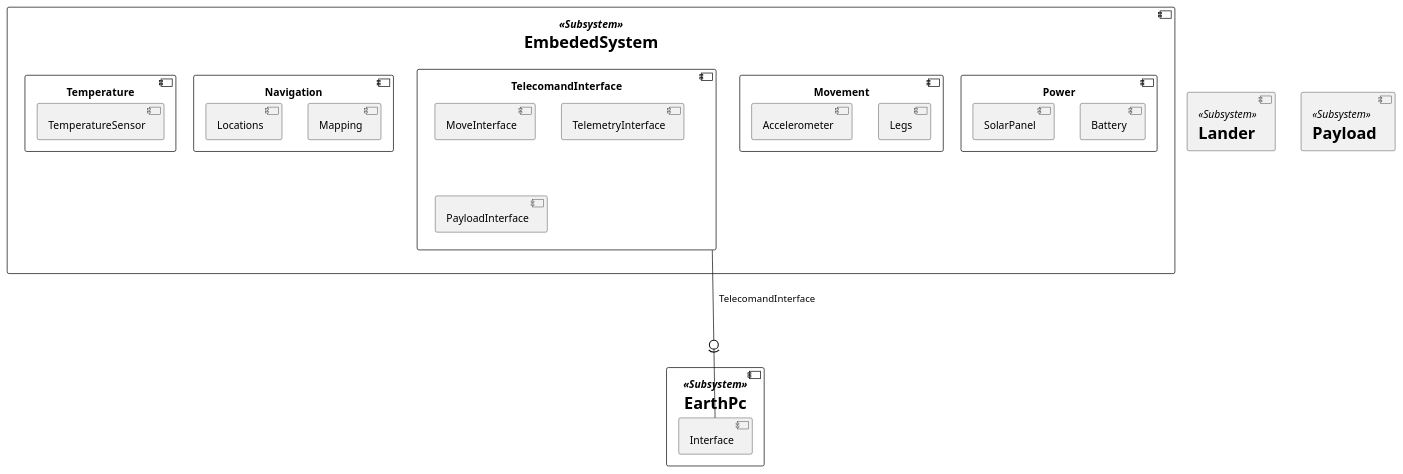
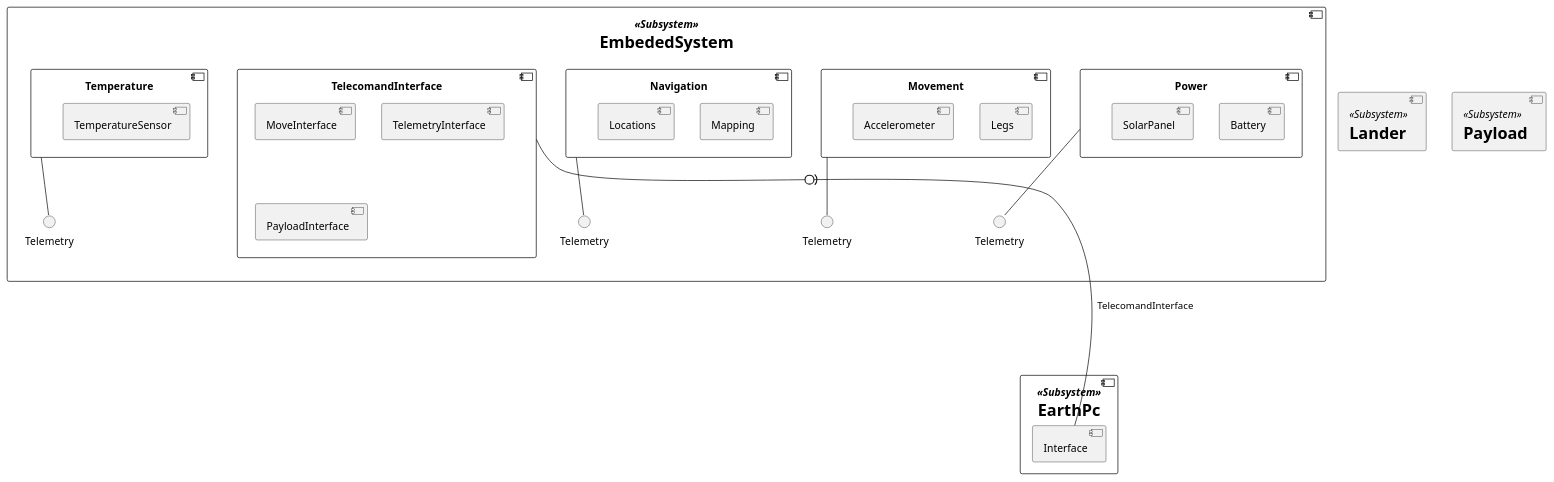
Before and after one commit to spacebee-technologies/rovertito: the diagram in docs/diagrams/Component Diagram.plantuml, drawn with PlantUML.

Commit message:
Added Telemetry interfaces

```diff
--- a/docs/diagrams/Component Diagram.plantuml
+++ b/docs/diagrams/Component Diagram.plantuml
@@ -1,58 +1,59 @@
 @startuml "Component Diagram"
 
 component "//<<Subsystem>>//\n=**EmbededSystem**" {
    component "Power" {
       [Battery]
       [SolarPanel]
-}
+   }
    component "Movement" {
       [Legs]
       [Accelerometer]
-}
-   component "TelecomandInterface" {
-      [MoveInterface]
-      [TelemetryInterface]
-      [PayloadInterface]
-}
+   }
+   
    component "Navigation" {
       [Mapping]
       [Locations]
-}
+   }
 
    component "Temperature" {
       [TemperatureSensor]
 
    }
 
-   ' () Teleinterface
-   ' () Telemetry
-   ' () Telemetry1 as "Telemetry"
-   ' () Telemetry2 as "Telemetry"
-   ' () Telemetry3 as "Telemetry"
+   component "TelecomandInterface" {
+      [MoveInterface]
+      [TelemetryInterface]
+      [PayloadInterface]
+   }
+
+   () Telemetry
+   () Telemetry1 as "Telemetry"
+   () Telemetry2 as "Telemetry"
+   () Telemetry3 as "Telemetry"
 
 }
 
 Component "//<<Subsystem>>//\n=**EarthPc**" {
    component "Interface"
 }
 
 Component Lander as "//<<Subsystem>>//\n=**Lander**" {
    
 }
 
 Component Payload as "//<<Subsystem>>//\n=**Payload**" {
    
 }
 
 TelecomandInterface --0)-- Interface : ""TelecomandInterface""
 
-' Telemetry -up- Temperature
-' Telemetry1 -up- Power
-' Telemetry2 -up- Movement
-' Telemetry3 -up- Navigation
+Telemetry -up- Temperature
+Telemetry1 -up- Power
+Telemetry2 -up- Movement
+Telemetry3 -up- Navigation
 
 ' Teleinterface -up- TelecomandInterface
 ' Teleinterface )-- Interface
 ' Teleinterface )-- Lander
 ' Teleinterface )-- Payload
 @enduml
```
